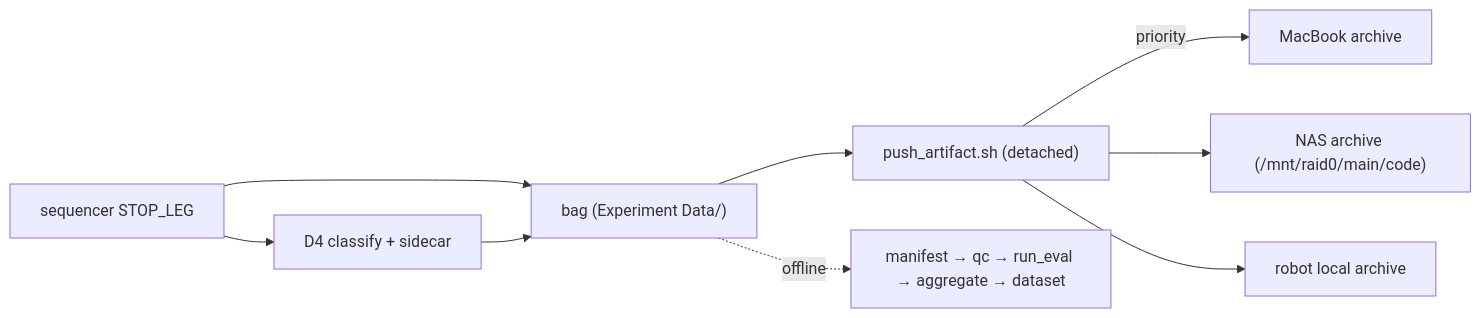
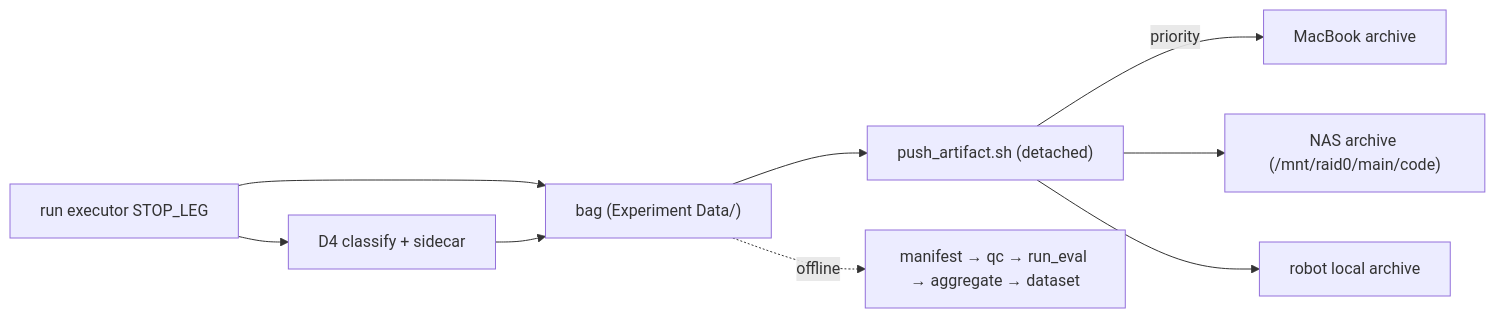
Before and after one commit to banana99ou/H-infinity: the second of 2 diagrams in DOC/deployment.md, drawn with Mermaid. The commit also changed other lines of this file and 14 other files, not shown here.

````diff
--- a/DOC/deployment.md
+++ b/DOC/deployment.md
@@ -305,11 +320,11 @@
 ```mermaid
 flowchart LR
-    stopLeg["sequencer STOP_LEG"] --> bag["bag (Experiment Data/)"]
+    stopLeg["run executor STOP_LEG"] --> bag["bag (Experiment Data/)"]
     stopLeg --> classify["D4 classify + sidecar"]
     classify --> bag
     bag --> push["push_artifact.sh (detached)"]
     push -->|priority| mac["MacBook archive"]
     push --> nas["NAS archive (/mnt/raid0/main/code)"]
     push --> local["robot local archive"]
     bag -.offline.-> analysis["manifest → qc → run_eval → aggregate → dataset"]
 ```
````
